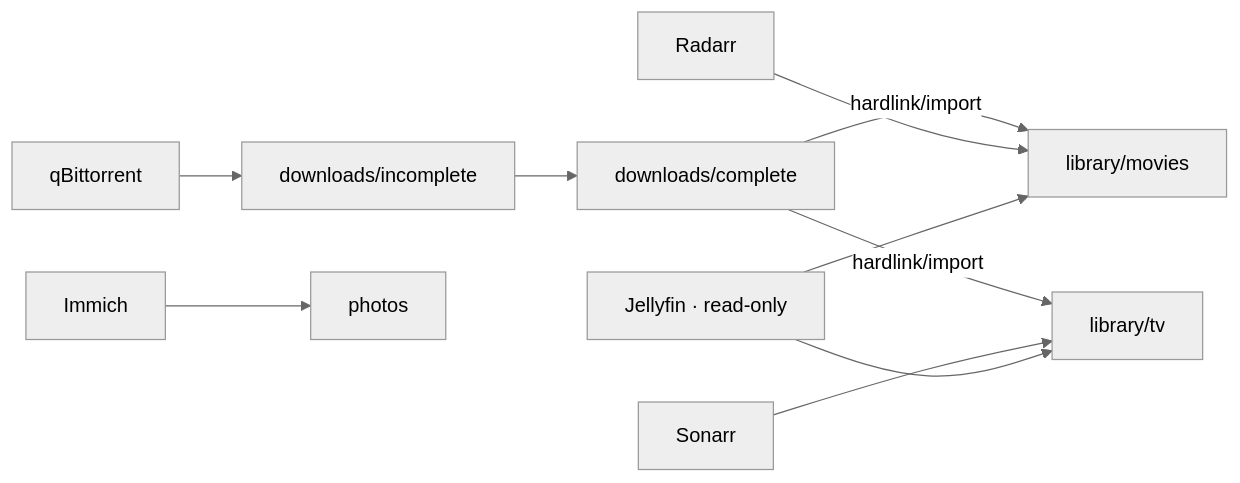
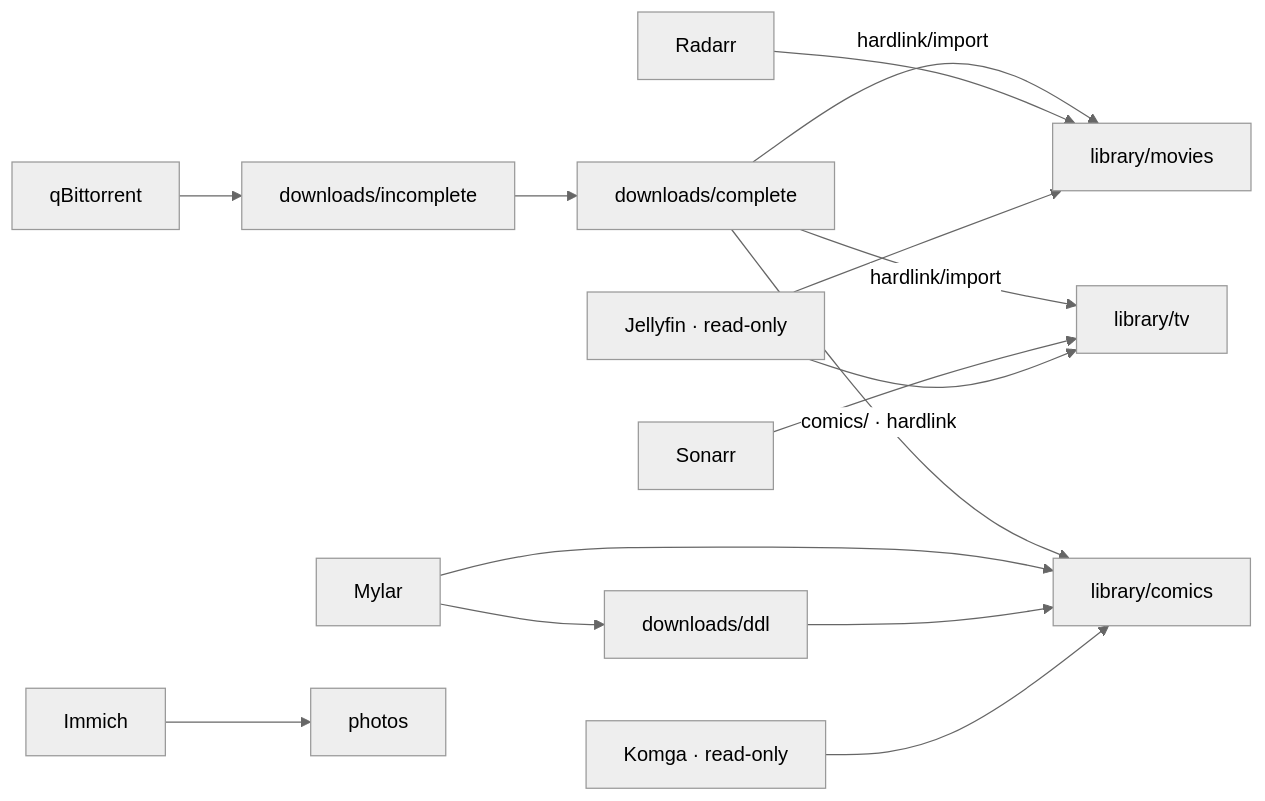
Before and after one commit to chevlpcmp-lab/HomeFalloutServer: the second of 2 diagrams in docs/storage.md, drawn with Mermaid (neutral theme). The commit also changed other lines of this file and 16 other files, not shown here.

First line of the commit message:
Add the Mylar + Komga comics stack

````diff
--- a/docs/storage.md
+++ b/docs/storage.md
@@ -91,12 +99,16 @@
 ```mermaid
 flowchart LR
     qBit["qBittorrent"] --> Incomplete["downloads/incomplete"]
     Incomplete --> Complete["downloads/complete"]
     Complete -->|"hardlink/import"| Movies["library/movies"]
     Complete -->|"hardlink/import"| TV["library/tv"]
+    Complete -->|"comics/ · hardlink"| Comics["library/comics"]
     Radarr["Radarr"] --> Movies
     Sonarr["Sonarr"] --> TV
+    Mylar["Mylar"] --> Comics
+    Mylar --> DDL["downloads/ddl"] --> Comics
     Jellyfin["Jellyfin · read-only"] --> Movies
     Jellyfin --> TV
+    Komga["Komga · read-only"] --> Comics
     Immich["Immich"] --> Photos["photos"]
 ```
````
